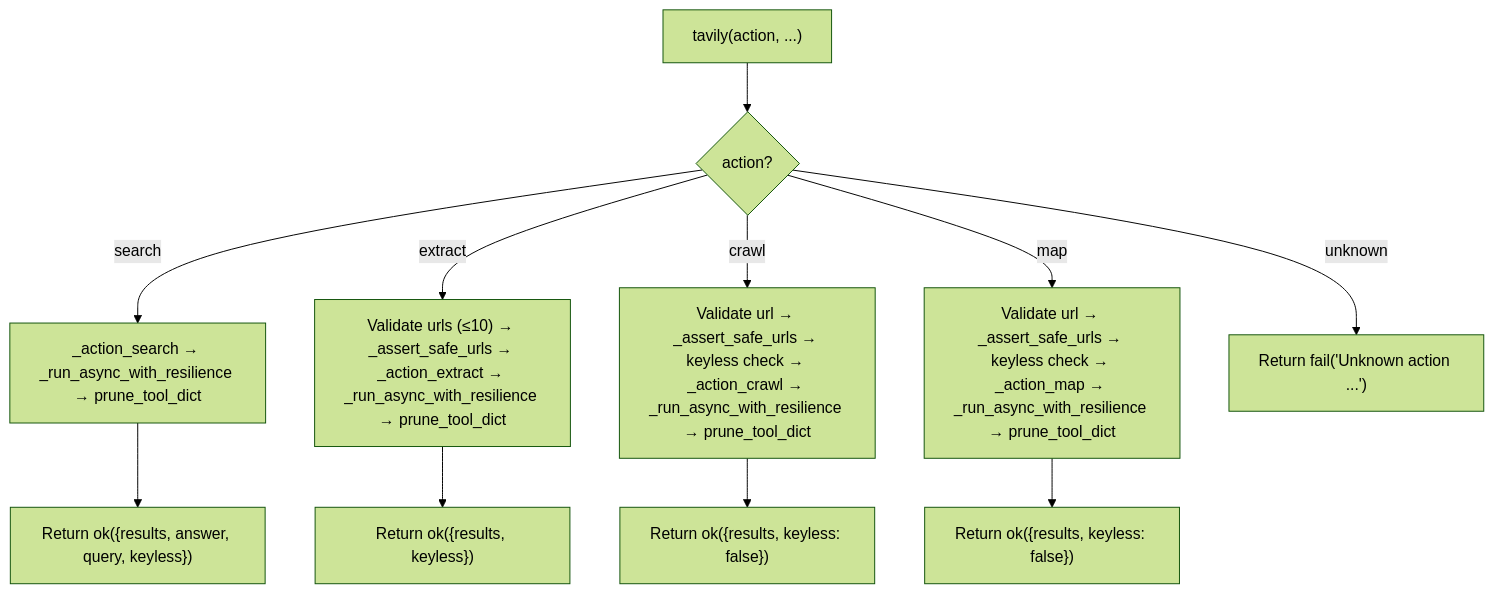
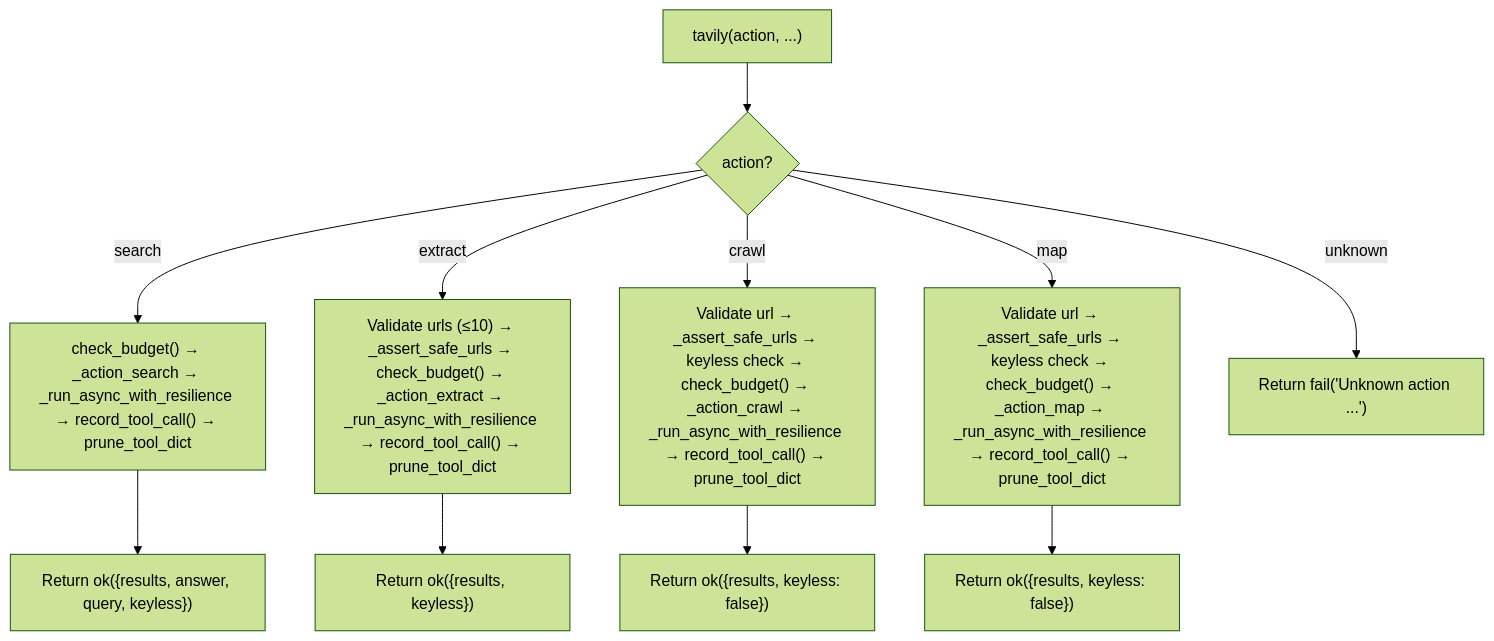
Before and after one commit to brunogcar/agent: the diagram in docs/tools/TAVILY.md, drawn with Mermaid (forest theme). The commit also changed other lines of this file and 35 other files, not shown here.

````diff
--- a/docs/tools/TAVILY.md
+++ b/docs/tools/TAVILY.md
@@ -126,13 +169,13 @@
 ```mermaid
 graph TD
     A["tavily(action, ...)"] --> B{"action?"}
-    B -->|search| C["_action_search → _run_async_with_resilience → prune_tool_dict"]
-    B -->|extract| D["Validate urls (≤10) → _assert_safe_urls → _action_extract → _run_async_with_resilience → prune_tool_dict"]
-    B -->|crawl| E["Validate url → _assert_safe_urls → keyless check → _action_crawl → _run_async_with_resilience → prune_tool_dict"]
-    B -->|map| F["Validate url → _assert_safe_urls → keyless check → _action_map → _run_async_with_resilience → prune_tool_dict"]
+    B -->|search| C["check_budget() → _action_search → _run_async_with_resilience → record_tool_call() → prune_tool_dict"]
+    B -->|extract| D["Validate urls (≤10) → _assert_safe_urls → check_budget() → _action_extract → _run_async_with_resilience → record_tool_call() → prune_tool_dict"]
+    B -->|crawl| E["Validate url → _assert_safe_urls → keyless check → check_budget() → _action_crawl → _run_async_with_resilience → record_tool_call() → prune_tool_dict"]
+    B -->|map| F["Validate url → _assert_safe_urls → keyless check → check_budget() → _action_map → _run_async_with_resilience → record_tool_call() → prune_tool_dict"]
     B -->|unknown| G["Return fail('Unknown action ...')"]
     C --> H["Return ok({results, answer, query, keyless})"]
     D --> I["Return ok({results, keyless})"]
     E --> J["Return ok({results, keyless: false})"]
     F --> K["Return ok({results, keyless: false})"]
 ```
````
